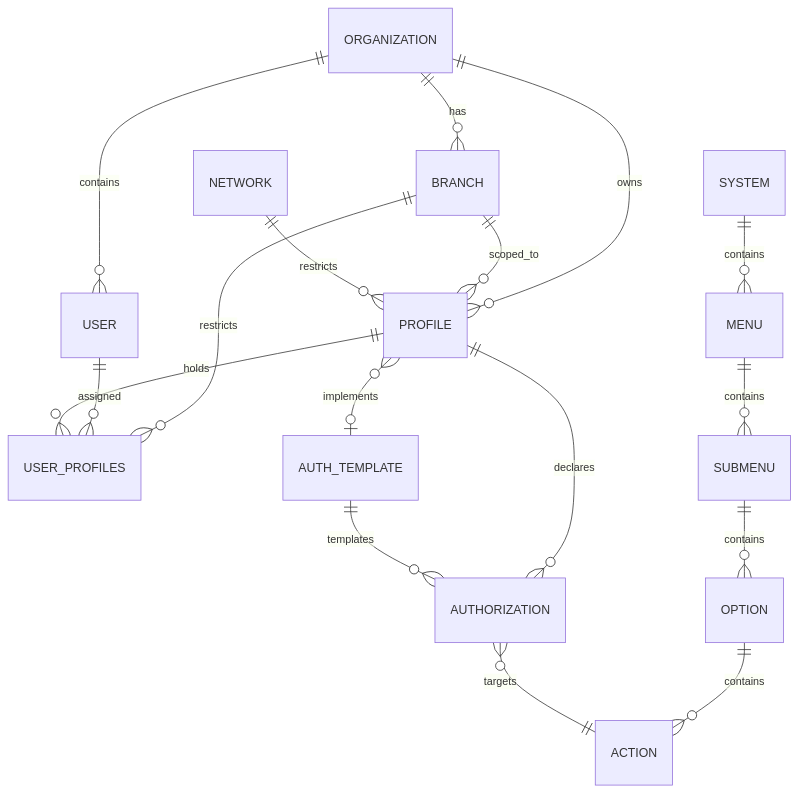
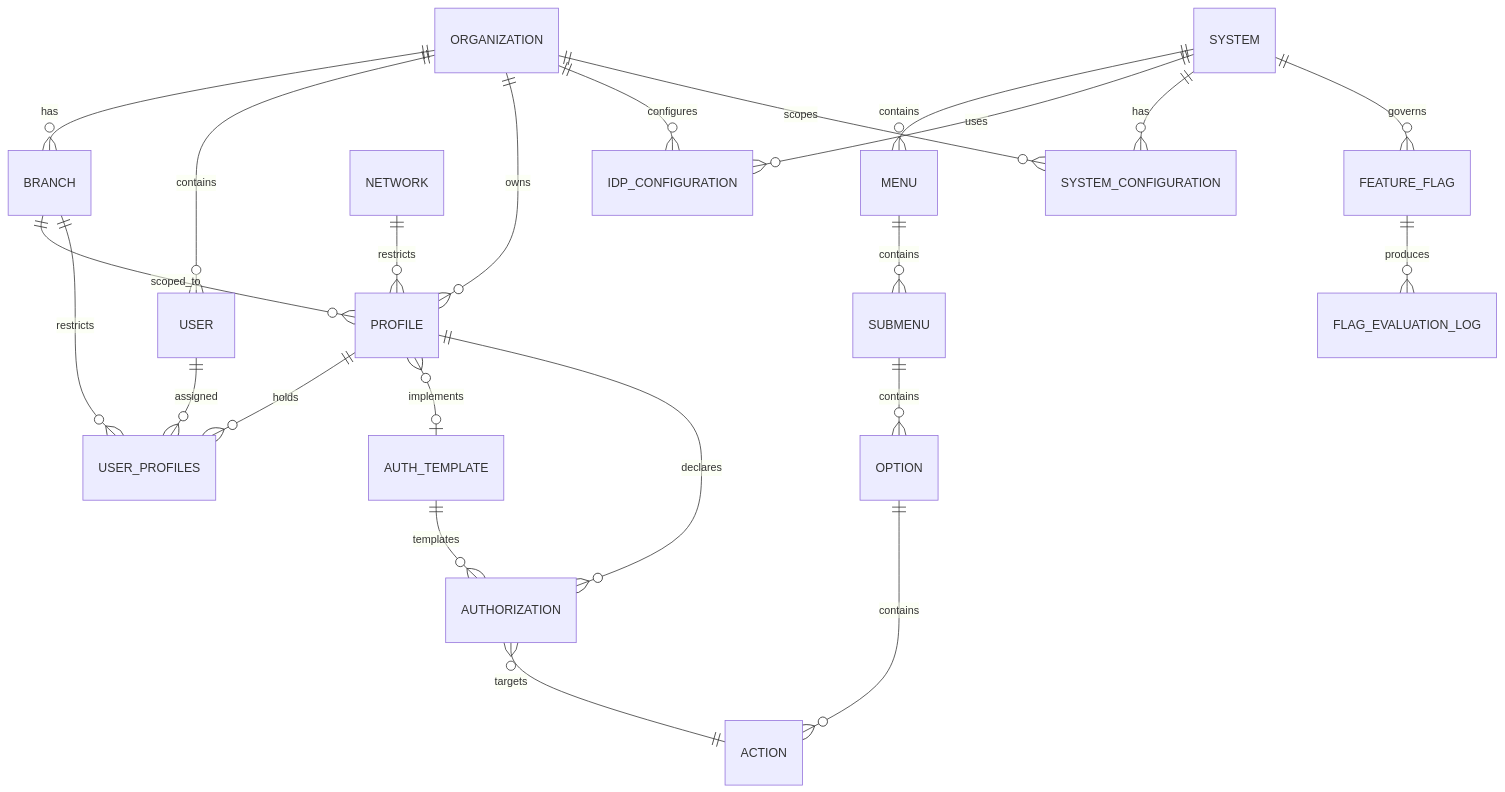
Before and after one commit to beyondnetcode/arc32_nodejs_progresive_monolith: the diagram in ums-workspace/docs/01-requirements/conceptual-data-model.md, drawn with Mermaid. The commit also changed other lines of this file and 5 other files, not shown here.

Commit message:
feat(bmad): introduce Configuration & Feature Management Platform - Multi-IdP, System Config, Feature Flags, ADR-0024, bounded context update

````diff
--- a/ums-workspace/docs/01-requirements/conceptual-data-model.md
+++ b/ums-workspace/docs/01-requirements/conceptual-data-model.md
@@ -9,24 +9,31 @@
 ```mermaid
 erDiagram
     ORGANIZATION ||--o{ BRANCH : has
     ORGANIZATION ||--o{ USER : contains
     ORGANIZATION ||--o{ PROFILE : owns
 
     BRANCH ||--o{ PROFILE : scoped_to
     BRANCH ||--o{ USER_PROFILES : restricts
 
     USER ||--o{ USER_PROFILES : assigned
     PROFILE ||--o{ USER_PROFILES : holds
 
     PROFILE }o--o| AUTH_TEMPLATE : implements
     PROFILE ||--o{ AUTHORIZATION : declares
     AUTH_TEMPLATE ||--o{ AUTHORIZATION : templates
 
     SYSTEM ||--o{ MENU : contains
     MENU ||--o{ SUBMENU : contains
     SUBMENU ||--o{ OPTION : contains
     OPTION ||--o{ ACTION : contains
 
     AUTHORIZATION }o--|| ACTION : targets
     NETWORK ||--o{ PROFILE : restricts
+
+    SYSTEM ||--o{ IDP_CONFIGURATION : uses
+    ORGANIZATION ||--o{ IDP_CONFIGURATION : configures
+    SYSTEM ||--o{ SYSTEM_CONFIGURATION : has
+    ORGANIZATION ||--o{ SYSTEM_CONFIGURATION : scopes
+    SYSTEM ||--o{ FEATURE_FLAG : governs
+    FEATURE_FLAG ||--o{ FLAG_EVALUATION_LOG : produces
 ```
````
